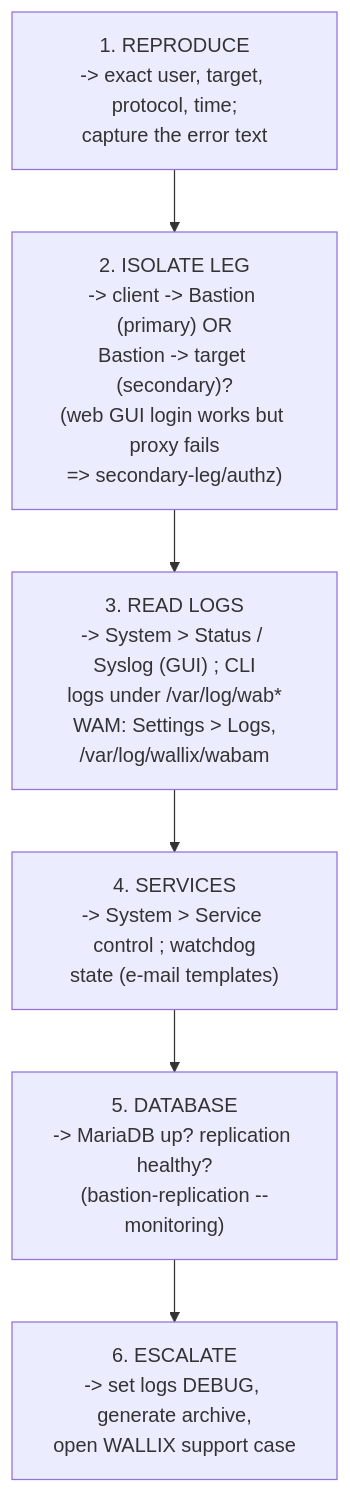
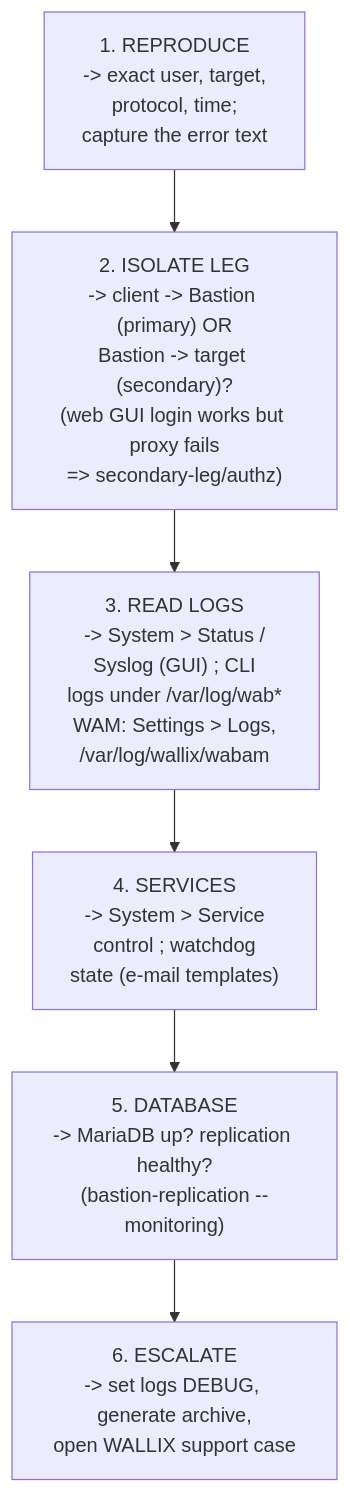
Before and after one commit to morandeirachema/WallixCerts: the first of 5 diagrams in certs/wallix/deep-dives/troubleshooting-and-logs.md, drawn with Mermaid. The commit also changed other lines of this file and 35 other files, not shown here.

First line of the commit message:
Tidy Mermaid boxes: balanced wrapping at a narrower width (36)

````diff
--- a/certs/wallix/deep-dives/troubleshooting-and-logs.md
+++ b/certs/wallix/deep-dives/troubleshooting-and-logs.md
@@ -46,10 +46,10 @@
 ```mermaid
 flowchart TD
-    Reproduce["1. REPRODUCE<br/>-> exact user, target, protocol, time;<br/>capture the error text"]
+    Reproduce["1. REPRODUCE<br/>-> exact user, target,<br/>protocol, time;<br/>capture the error text"]
     Isolate["2. ISOLATE LEG<br/>-> client -> Bastion (primary) OR<br/>Bastion -> target (secondary)?<br/>(web GUI login works but proxy fails<br/>=&gt; secondary-leg/authz)"]
-    ReadLogs["3. READ LOGS<br/>-> System > Status / Syslog (GUI) ; CLI<br/>logs under /var/log/wab*<br/>WAM: Settings > Logs,<br/>/var/log/wallix/wabam"]
-    Services["4. SERVICES<br/>-> System > Service control ; watchdog<br/>state (e-mail templates)"]
+    ReadLogs["3. READ LOGS<br/>-> System > Status /<br/>Syslog (GUI) ; CLI<br/>logs under /var/log/wab*<br/>WAM: Settings > Logs,<br/>/var/log/wallix/wabam"]
+    Services["4. SERVICES<br/>-> System > Service<br/>control ; watchdog<br/>state (e-mail templates)"]
     Database["5. DATABASE<br/>-> MariaDB up? replication healthy?<br/>(bastion-replication --monitoring)"]
     Escalate["6. ESCALATE<br/>-> set logs DEBUG, generate archive,<br/>open WALLIX support case"]
     Reproduce --> Isolate --> ReadLogs --> Services --> Database --> Escalate
 ```
````
